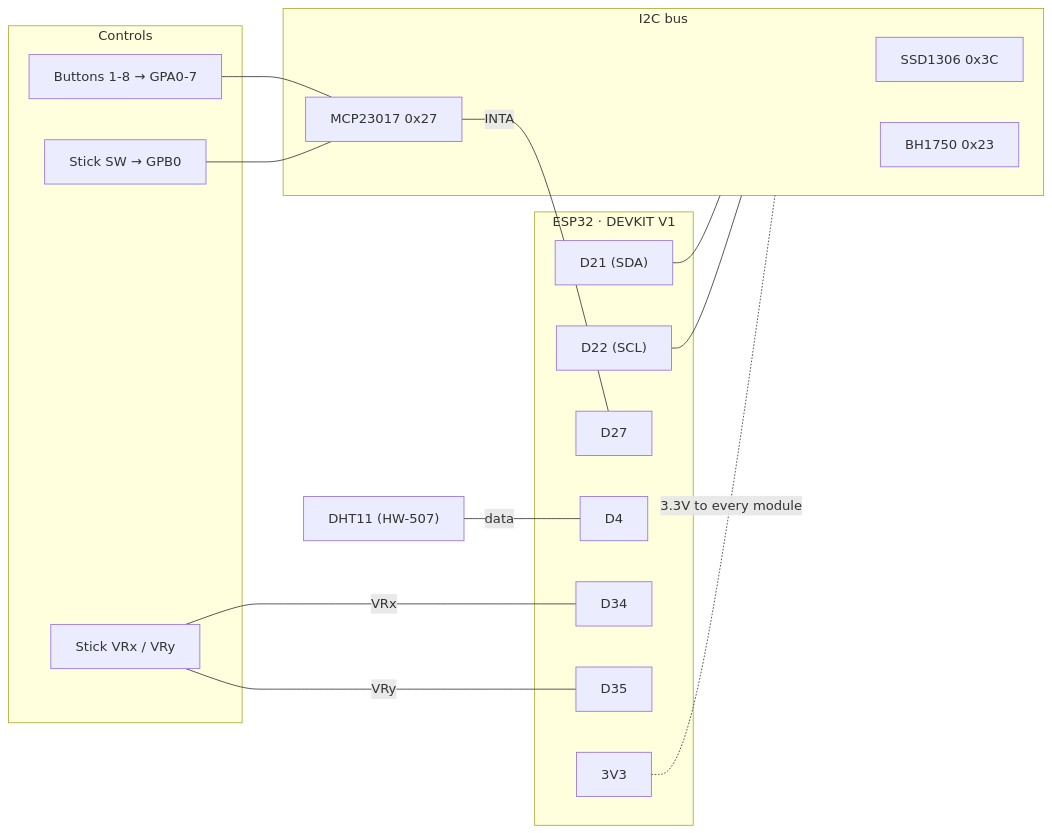
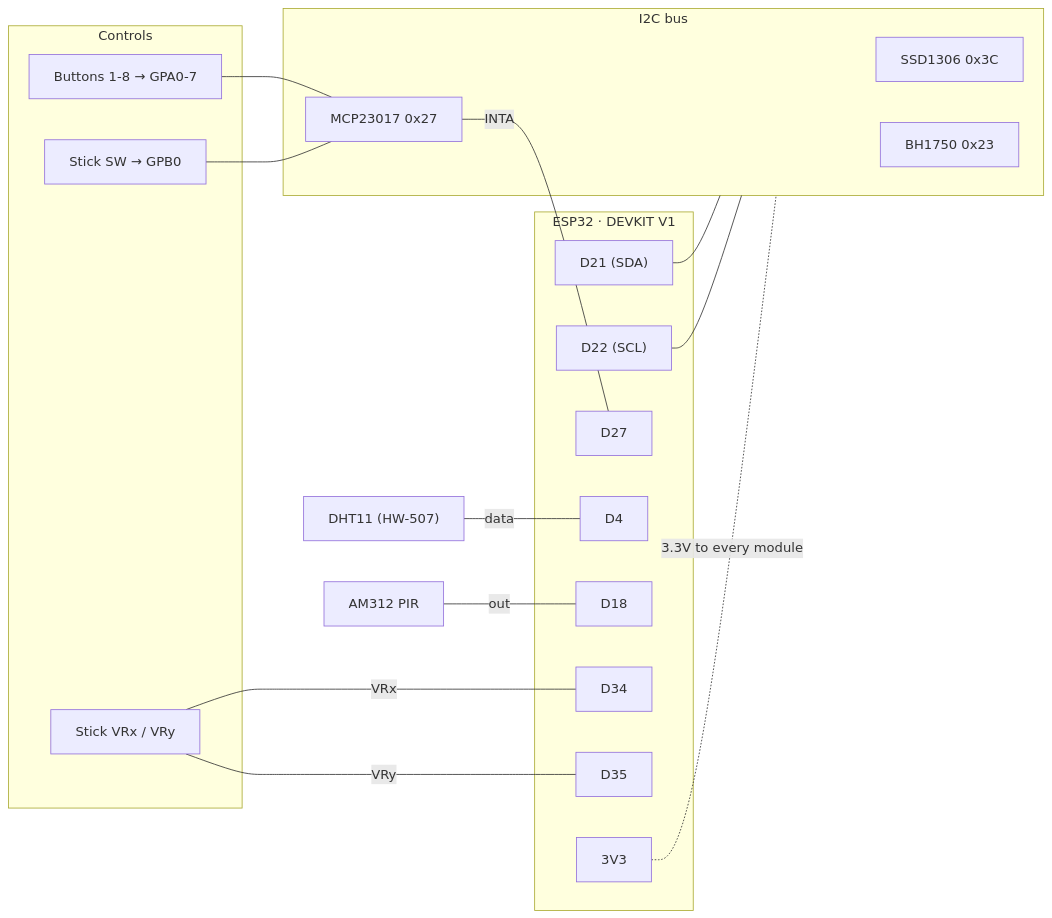
The diagram in DESIGN.md (traviswolverton/goodnight-device), drawn with Mermaid before and after one commit. The commit also changed other lines of this file and 9 other files, not shown here.

````diff
--- a/DESIGN.md
+++ b/DESIGN.md
@@ -81,32 +91,35 @@
 ```mermaid
 graph LR
   subgraph ESP32["ESP32 · DEVKIT V1"]
     D21["D21 (SDA)"]
     D22["D22 (SCL)"]
     D27["D27"]
     D4["D4"]
+    D18["D18"]
     D34["D34"]
     D35["D35"]
     V3["3V3"]
   end
   subgraph I2C["I2C bus"]
     OLED["SSD1306 0x3C"]
     LUX["BH1750 0x23"]
     MCP["MCP23017 0x27"]
   end
   subgraph Controls
     BTN["Buttons 1-8 → GPA0-7"]
     JSW["Stick SW → GPB0"]
     JXY["Stick VRx / VRy"]
   end
   DHT["DHT11 (HW-507)"]
+  PIR["AM312 PIR"]
   D21 --- I2C
   D22 --- I2C
   MCP -- "INTA" --- D27
   BTN --- MCP
   JSW --- MCP
   JXY -- "VRx" --- D34
   JXY -- "VRy" --- D35
   DHT -- "data" --- D4
+  PIR -- "out" --- D18
   V3 -. "3.3V to every module" .- I2C
 ```
````
